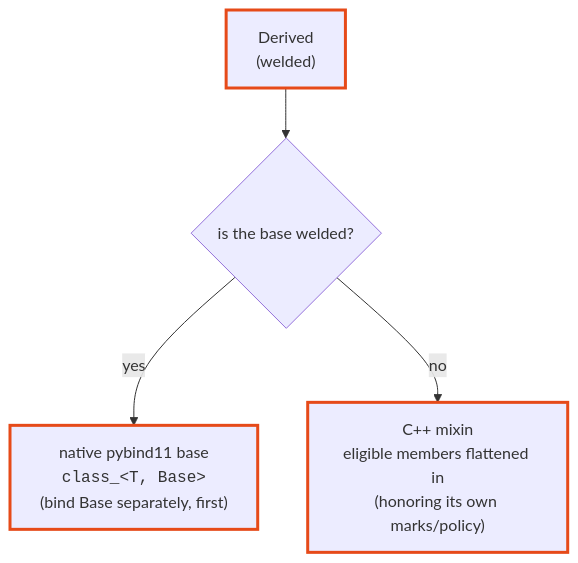
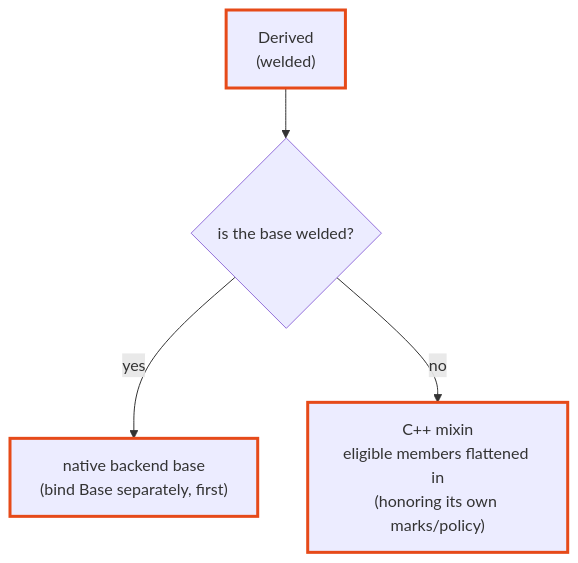
The diagram in docs/content/guide/inheritance.md (skarndev/welder), drawn with Mermaid before and after one commit. The commit also changed other lines of this file and 17 other files, not shown here.

````diff
--- a/docs/content/guide/inheritance.md
+++ b/docs/content/guide/inheritance.md
@@ -7,9 +7,9 @@
 ```mermaid
 flowchart TD
     D["Derived<br/>(welded)"] --> Q{"is the base welded?"}
-    Q -- yes --> W["native pybind11 base<br/><code>class_&lt;T, Base&gt;</code><br/>(bind Base separately, first)"]
+    Q -- yes --> W["native backend base<br/>(bind Base separately, first)"]
     Q -- no --> M["C++ mixin<br/>eligible members flattened in<br/>(honoring its own marks/policy)"]
     style D stroke:#e64a19,stroke-width:3px
     style W stroke:#e64a19,stroke-width:3px
     style M stroke:#e64a19,stroke-width:3px
 ```
````
